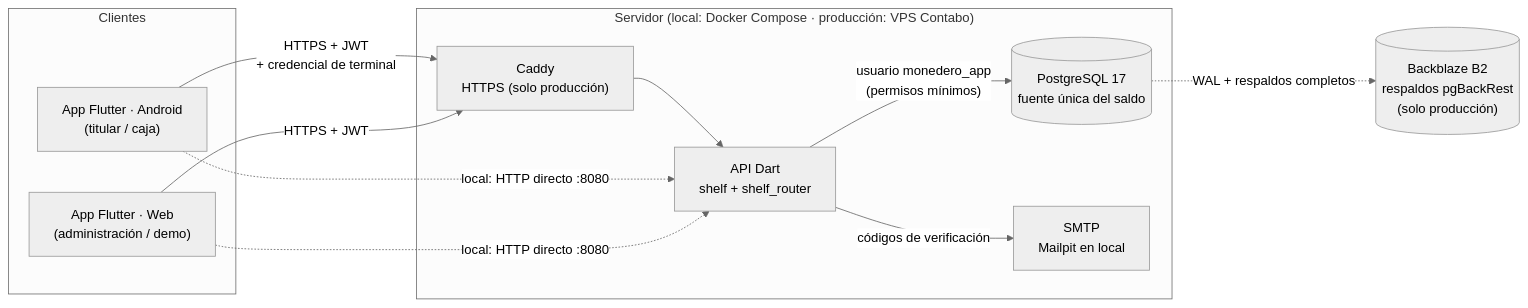
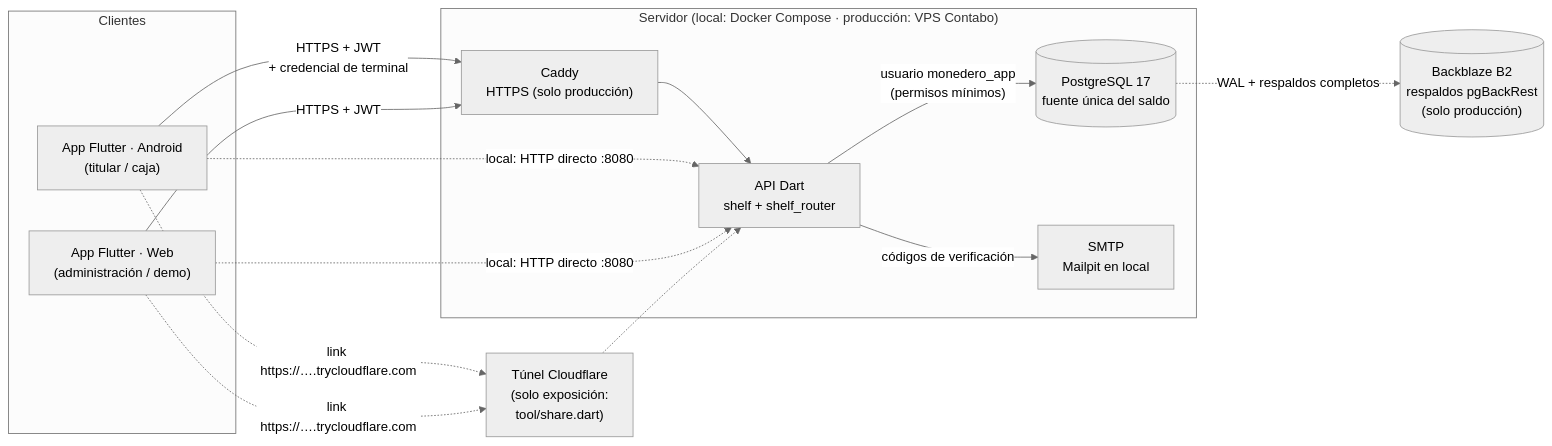
One commit to dn223/Monedero changed the first of 2 diagrams in docs/architecture.md. Above: the diagram before and after it, drawn with Mermaid (neutral theme). The commit also changed other lines of this file and 30 other files, not shown here.

First line of the commit message:
docs: fases 4 a 6, exposición por link, Android y plan de entregas

````diff
--- a/docs/architecture.md
+++ b/docs/architecture.md
@@ -5,25 +5,29 @@
 ```mermaid
 flowchart LR
   subgraph Clientes
     A1["App Flutter · Android<br/>(titular / caja)"]
     A2["App Flutter · Web<br/>(administración / demo)"]
   end
 
   subgraph Servidor["Servidor (local: Docker Compose · producción: VPS Contabo)"]
     C["Caddy<br/>HTTPS (solo producción)"]
     API["API Dart<br/>shelf + shelf_router"]
     DB[("PostgreSQL 17<br/>fuente única del saldo")]
     M["SMTP<br/>Mailpit en local"]
   end
 
   B2[("Backblaze B2<br/>respaldos pgBackRest<br/>(solo producción)")]
 
   A1 -- "HTTPS + JWT<br/>+ credencial de terminal" --> C
   A2 -- "HTTPS + JWT" --> C
   C --> API
   A1 -. "local: HTTP directo :8080" .-> API
   A2 -. "local: HTTP directo :8080" .-> API
+  T["Túnel Cloudflare<br/>(solo exposición:<br/>tool/share.dart)"]
+  A1 -. "link https://….trycloudflare.com" .-> T
+  A2 -. "link https://….trycloudflare.com" .-> T
+  T -.-> API
   API -- "usuario monedero_app<br/>(permisos mínimos)" --> DB
   API -- "códigos de verificación" --> M
   DB -. "WAL + respaldos completos" .-> B2
 ```
````
